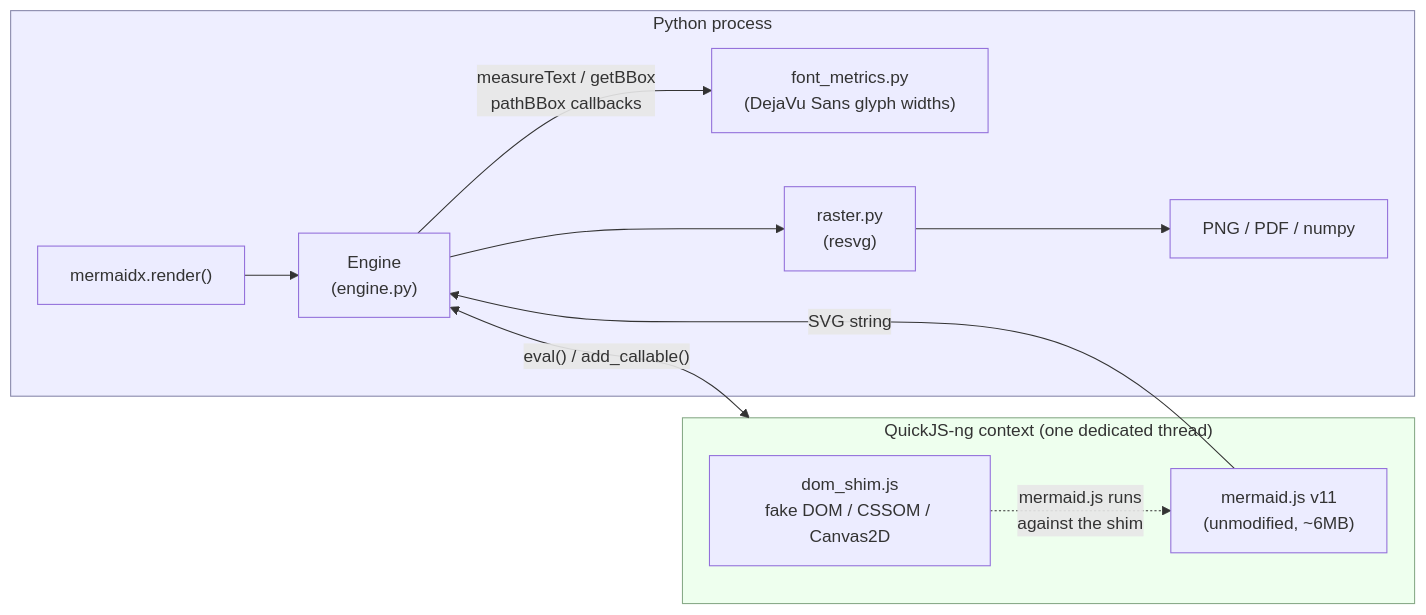
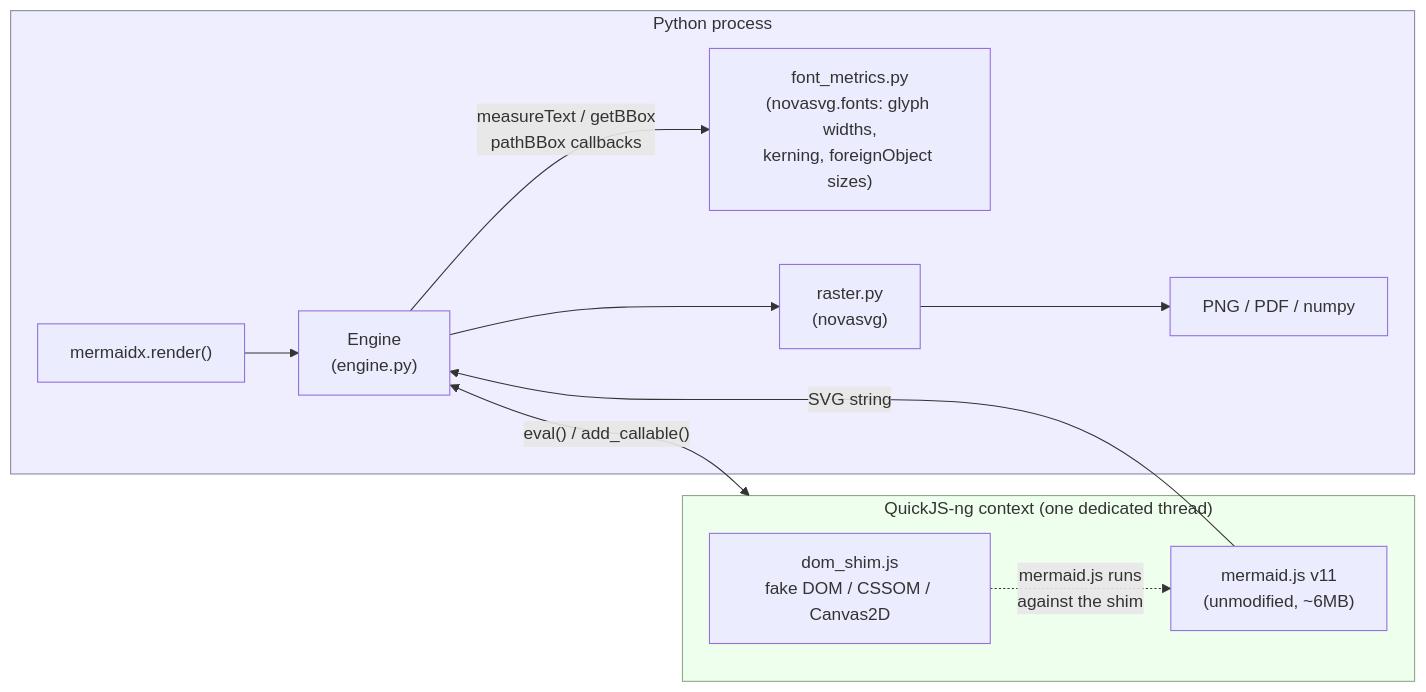
The first of 7 diagrams in architecture.md (MohammadRaziei/mermaidx), drawn with Mermaid before and after one commit. The commit also changed other lines of this file and 2 other files, not shown here.

First line of the commit message:
chore: migrate from `resvg` to `novasvg` and update documentation

````diff
--- a/architecture.md
+++ b/architecture.md
@@ -15,18 +15,18 @@
 ```mermaid
 flowchart LR
     subgraph py["Python process"]
         API["mermaidx.render()"] --> ENG["Engine\n(engine.py)"]
-        ENG -- "measureText / getBBox\npathBBox callbacks" --> FM["font_metrics.py\n(DejaVu Sans glyph widths)"]
-        ENG --> RAST["raster.py\n(resvg)"]
+        ENG -- "measureText / getBBox\npathBBox callbacks" --> FM["font_metrics.py\n(novasvg.fonts: glyph widths,\nkerning, foreignObject sizes)"]
+        ENG --> RAST["raster.py\n(novasvg)"]
         RAST --> OUT["PNG / PDF / numpy"]
     end
     subgraph qjs["QuickJS-ng context (one dedicated thread)"]
         SHIM["dom_shim.js\nfake DOM / CSSOM / Canvas2D"]
         MMD["mermaid.js v11\n(unmodified, ~6MB)"]
         SHIM -.->|"mermaid.js runs\nagainst the shim"| MMD
     end
     ENG <-->|"eval() / add_callable()"| qjs
     MMD -->|"SVG string"| ENG
     style py fill:#eef,stroke:#88a
     style qjs fill:#efe,stroke:#8a8
 ```
````
